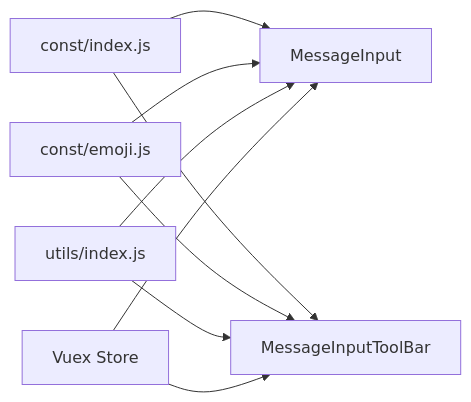
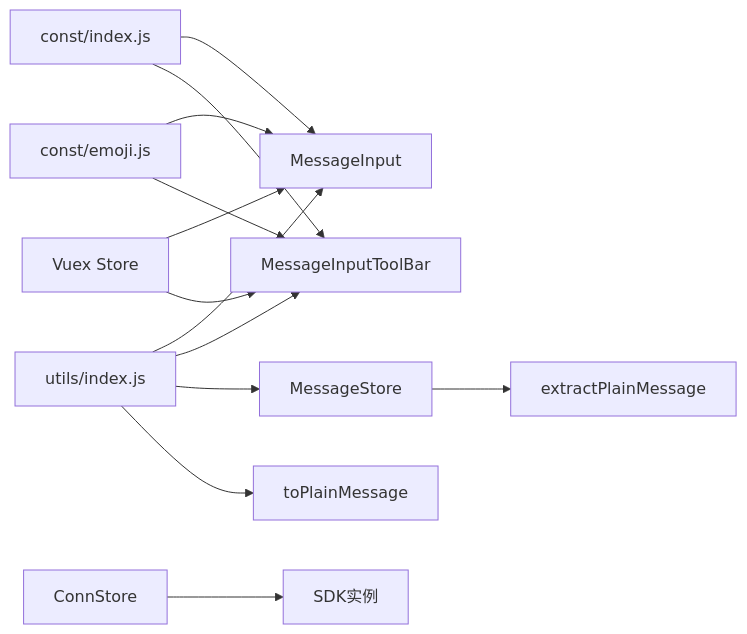
Before and after one commit to Easemob-Community/easemob-uikit-uniapp-community: the eighth of 8 diagrams in .qoder/repowiki/zh/content/聊天模块/消息输入组件.md, drawn with Mermaid. The commit also changed other lines of this file and 10 other files, not shown here.

````diff
--- a/.qoder/repowiki/zh/content/聊天模块/消息输入组件.md
+++ b/.qoder/repowiki/zh/content/聊天模块/消息输入组件.md
@@ -288,11 +399,15 @@
 ```mermaid
 graph LR
 Const["const/index.js"] --> MsgInput["MessageInput"]
 Const --> ToolBar["MessageInputToolBar"]
 EmojiConst["const/emoji.js"] --> MsgInput
 EmojiConst --> ToolBar
 Utils["utils/index.js"] --> MsgInput
 Utils --> ToolBar
+Utils --> MessageStore["MessageStore"]
 Stores["Vuex Store"] --> MsgInput
 Stores --> ToolBar
+ConnStore["ConnStore"] --> SDK["SDK实例"]
+MessageStore --> ExtractPlain["extractPlainMessage"]
+Utils --> ToPlain["toPlainMessage"]
 ```
````
